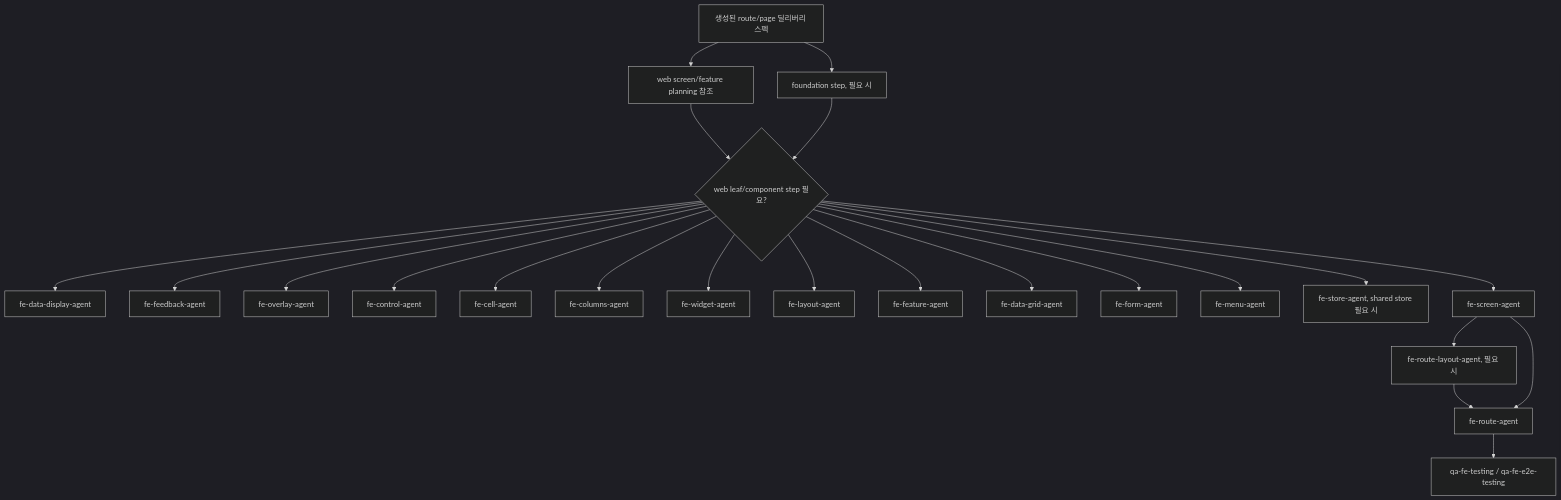
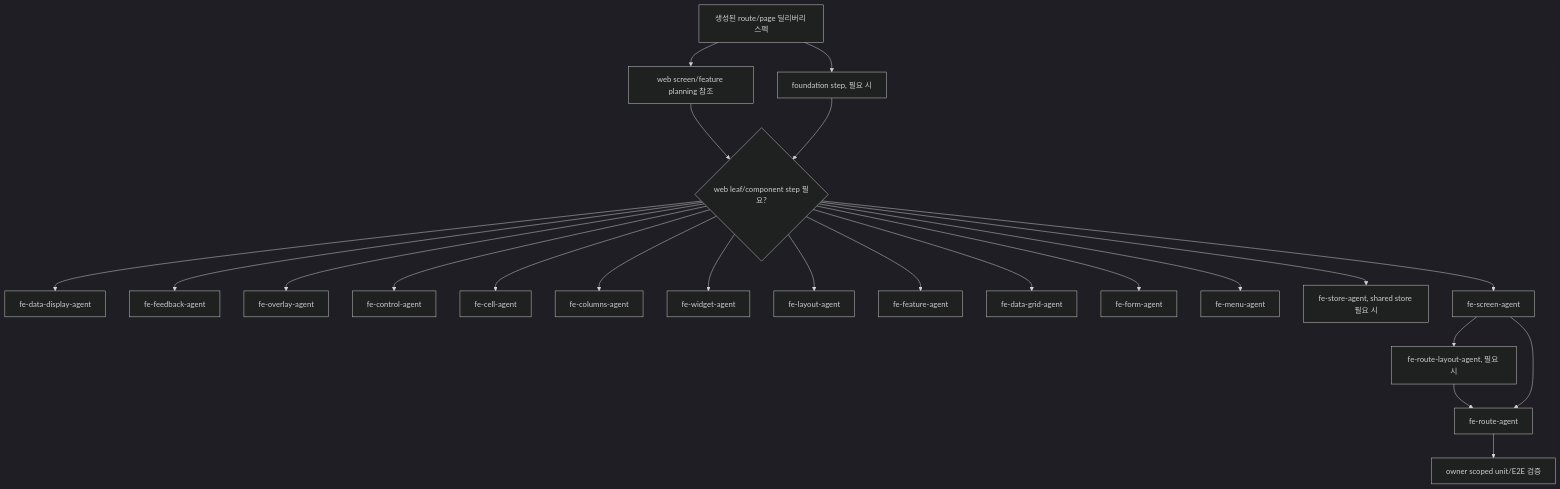
Before and after one commit to kimjoongwon/prj-core: the fifth of 6 diagrams in docs/orchestration-agent-relationship-flow.md, drawn with Mermaid (dark theme). The commit also changed other lines of this file and 413 other files, not shown here.

````diff
--- a/docs/orchestration-agent-relationship-flow.md
+++ b/docs/orchestration-agent-relationship-flow.md
@@ -252,25 +253,25 @@
 ```mermaid
 flowchart TD
   Spec["생성된 route/page 딜리버리 스펙"] --> Planning["web screen/feature planning 참조"]
   Planning --> Leaf{"web leaf/component step 필요?"}
   Spec --> Foundation["foundation step, 필요 시"]
   Foundation --> Leaf
   Leaf --> DataDisplay["fe-data-display-agent"]
   Leaf --> Feedback["fe-feedback-agent"]
   Leaf --> Overlay["fe-overlay-agent"]
   Leaf --> Control["fe-control-agent"]
   Leaf --> Cell["fe-cell-agent"]
   Leaf --> Columns["fe-columns-agent"]
   Leaf --> Widget["fe-widget-agent"]
   Leaf --> Layout["fe-layout-agent"]
   Leaf --> Feature["fe-feature-agent"]
   Leaf --> DataGrid["fe-data-grid-agent"]
   Leaf --> Form["fe-form-agent"]
   Leaf --> Menu["fe-menu-agent"]
   Leaf --> Store["fe-store-agent, shared store 필요 시"]
   Leaf --> Page["fe-screen-agent"]
   Page --> RouteLayout["fe-route-layout-agent, 필요 시"]
   RouteLayout --> Route["fe-route-agent"]
   Page --> Route
-  Route --> QA["qa-fe-testing / qa-fe-e2e-testing"]
+  Route --> Verify["owner scoped unit/E2E 검증"]
 ```
````
